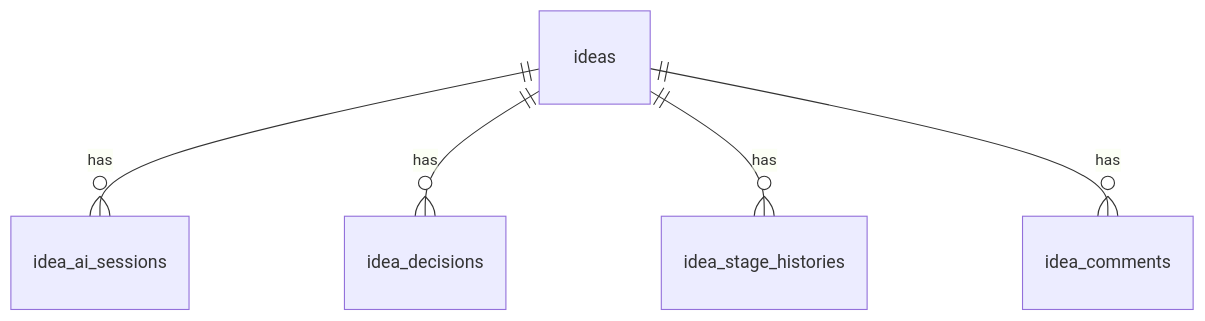
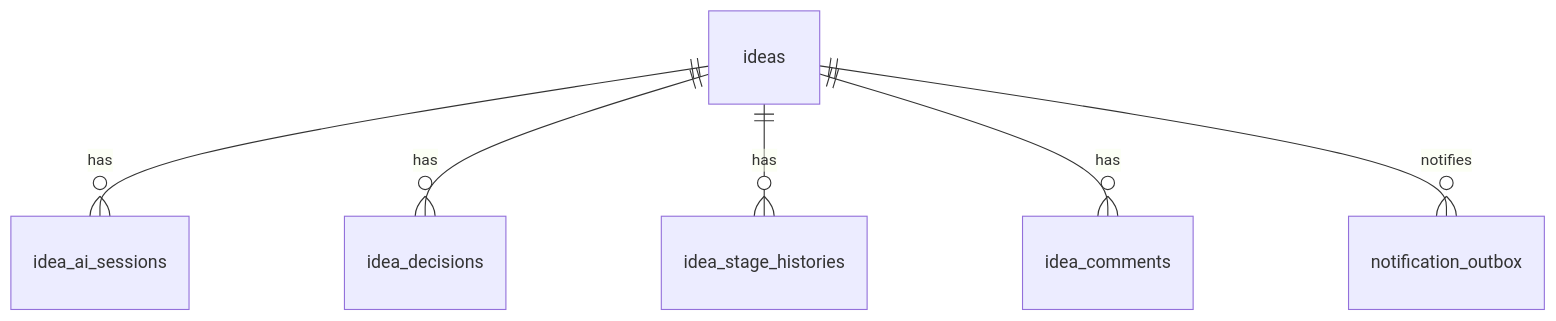
Before and after one commit to Kensan196948G/Construction-DX-Idea: the diagram in docs/07_database_design.md, drawn with Mermaid. The commit also changed other lines of this file and 18 other files, not shown here.

````diff
--- a/docs/07_database_design.md
+++ b/docs/07_database_design.md
@@ -93,7 +110,8 @@
 ```mermaid
 erDiagram
     ideas ||--o{ idea_ai_sessions : has
     ideas ||--o{ idea_decisions : has
     ideas ||--o{ idea_stage_histories : has
     ideas ||--o{ idea_comments : has
+    ideas ||--o{ notification_outbox : notifies
 ```
````
